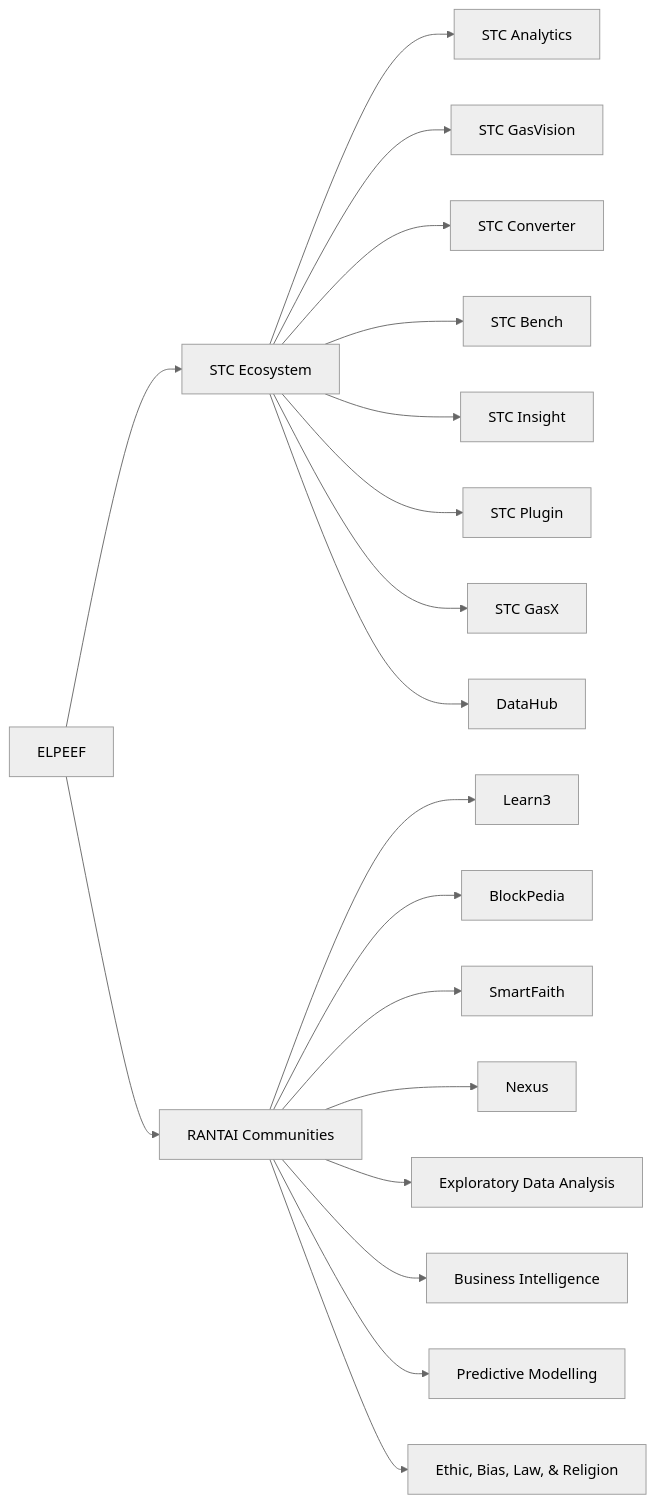
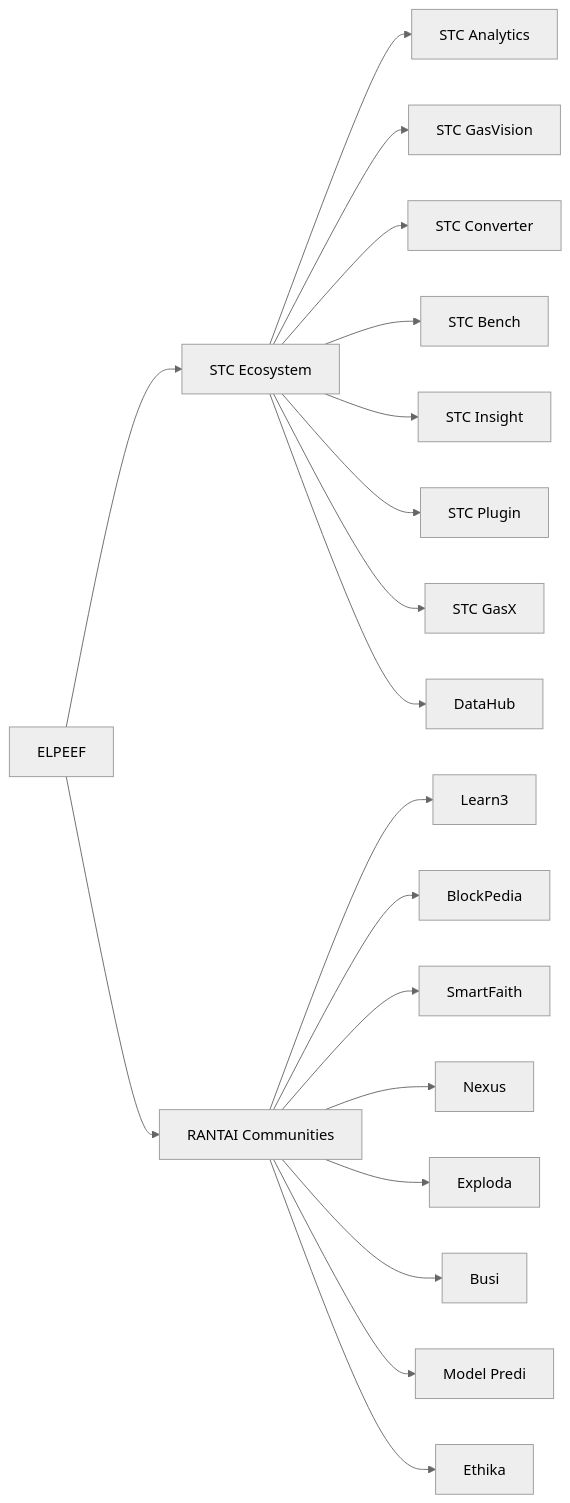
Before and after one commit to ELPEEF/.github: the first of 2 diagrams in profile/README.md, drawn with Mermaid (neutral theme).

Commit message:
Update links and names in README.md

````diff
--- a/profile/README.md
+++ b/profile/README.md
@@ -55,42 +55,42 @@
 ```mermaid
 flowchart LR
     A[ELPEEF] --> B[STC Ecosystem]
     A --> C[RANTAI Communities]
 
     B --> B1[STC Analytics]
     B --> B2[STC GasVision]
     B --> B3[STC Converter]
     B --> B4[STC Bench]
     B --> B5[STC Insight]
     B --> B6[STC Plugin]
     B --> B7[STC GasX]
     B --> B8[DataHub]
 
     C --> C1[Learn3]
     C --> C2[BlockPedia]
     C --> C3[SmartFaith]
     C --> C4[Nexus]
-    C --> C5[Exploratory Data Analysis]
-    C --> C6[Business Intelligence]
-    C --> C7[Predictive Modelling]
-    C --> C8[Ethic, Bias, Law, & Religion]
+    C --> C5[Exploda]
+    C --> C6[Busi]
+    C --> C7[Model Predi]
+    C --> C8[Ethika]
 
     %% Klikable links
     click B1 "https://stc-analytics.streamlit.app/" "STC Analytics App"
     click B2 "https://stc-gasvision.streamlit.app/" "STC GasVision App"
     click B3 "https://stc-converter.streamlit.app/" "STC Converter App"
     click B4 "https://stc-bench.streamlit.app/" "STC Bench App"
     click B5 "https://stc-insight.streamlit.app/" "STC Insight App"
     click B6 "https://smartourism.elpeef.com/" "STC Plugin"
     click B7 "https://stc-gasx.streamlit.app/" "STC GasX App"
     click B8 "https://stc-data.streamlit.app/" "STC DataHub App"
 
     click C1 "https://learn3.streamlit.app/" "Learn3"
     click C2 "https://blockpedia.streamlit.app/" "BlockPedia"
     click C3 "https://smartfaith.streamlit.app/" "SmartFaith"
     click C4 "https://rantai-nexus.streamlit.app/" "RANTAI Nexus"
-    click C5 "https://rantai-exploda.streamlit.app/" "Exploratory Data Analysis"
-    click C6 "https://rantai-busi.streamlit.app/" "Business Intelligence"
-    click C7 "https://rantai-model-predi.streamlit.app/" "Predictive Modelling"
+    click C5 "https://rantai-exploda.streamlit.app/" "RANTAI Exploda"
+    click C6 "https://rantai-busi.streamlit.app/" "RANTAI Busi"
+    click C7 "https://rantai-model-predi.streamlit.app/" "RANTAI Model Predi"
     click C8 "https://rantai-ethika.streamlit.app/" "RANTAI Ethika"
 ```
````
